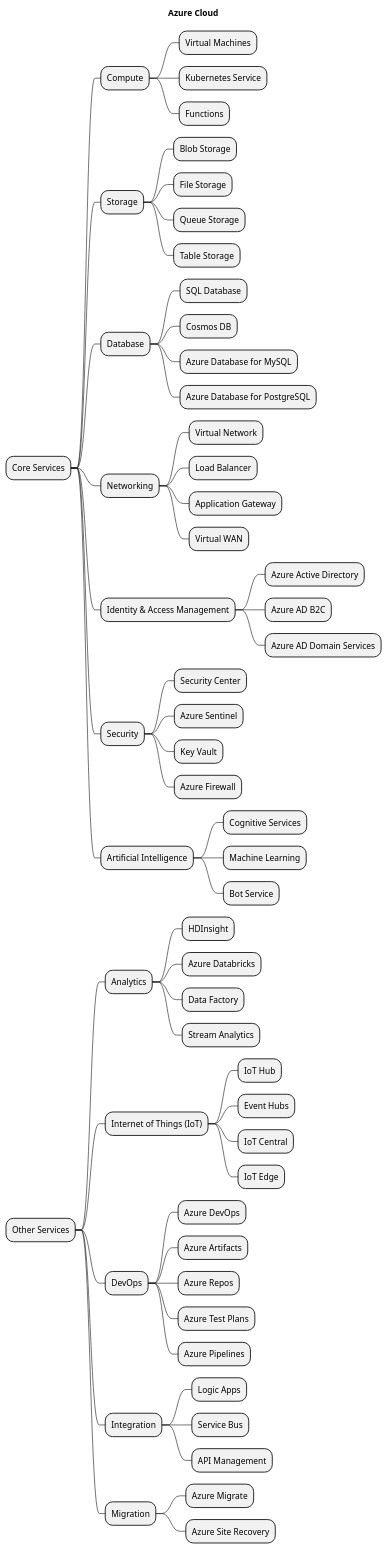
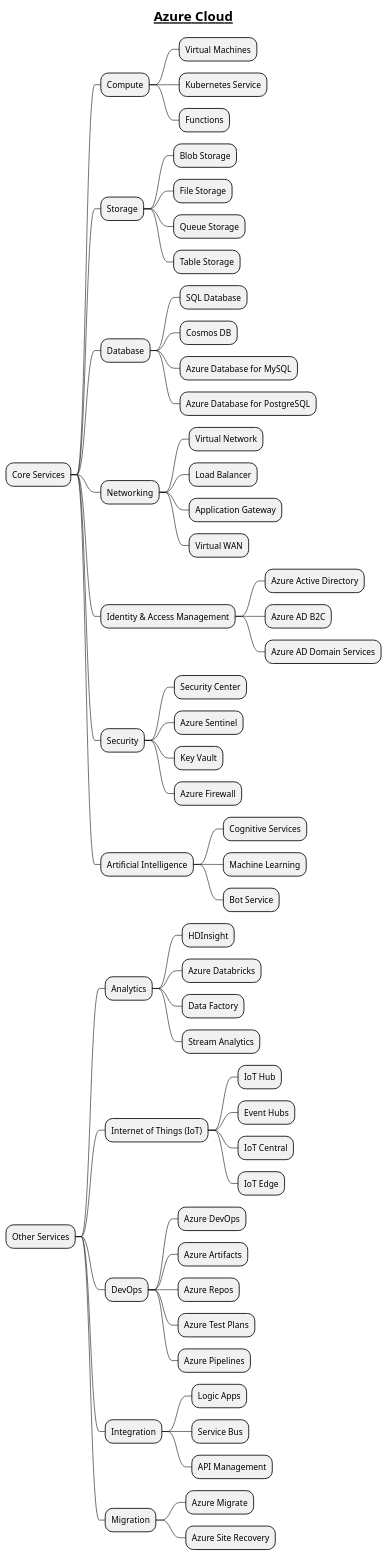
One commit to MehmoodHashmi/Documentation-as-Code-DaC changed the diagram in docs/devops/devops-plantuml-mindmap/azure-cloud-platform.puml. Above: the diagram before and after it, drawn with PlantUML. The commit also changed 2 other files, not shown here.

Commit message:
add new mindmaps

```diff
--- a/docs/devops/devops-plantuml-mindmap/azure-cloud-platform.puml
+++ b/docs/devops/devops-plantuml-mindmap/azure-cloud-platform.puml
@@ -1,60 +1,60 @@
 @startmindmap
-title Azure Cloud
+title =__Azure Cloud__
 * Core Services
 ** Compute
 *** Virtual Machines
 *** Kubernetes Service
 *** Functions
 ** Storage
 *** Blob Storage
 *** File Storage
 *** Queue Storage
 *** Table Storage
 ** Database
 *** SQL Database
 *** Cosmos DB
 *** Azure Database for MySQL
 *** Azure Database for PostgreSQL
 ** Networking
 *** Virtual Network
 *** Load Balancer
 *** Application Gateway
 *** Virtual WAN
 ** Identity & Access Management
 *** Azure Active Directory
 *** Azure AD B2C
 *** Azure AD Domain Services
 ** Security
 *** Security Center
 *** Azure Sentinel
 *** Key Vault
 *** Azure Firewall
 ** Artificial Intelligence
 *** Cognitive Services
 *** Machine Learning
 *** Bot Service
 * Other Services
 ** Analytics
 *** HDInsight
 *** Azure Databricks
 *** Data Factory
 *** Stream Analytics
 ** Internet of Things (IoT)
 *** IoT Hub
 *** Event Hubs
 *** IoT Central
 *** IoT Edge
 ** DevOps
 *** Azure DevOps
 *** Azure Artifacts
 *** Azure Repos
 *** Azure Test Plans
 *** Azure Pipelines
 ** Integration
 *** Logic Apps
 *** Service Bus
 *** API Management
 ** Migration
 *** Azure Migrate
 *** Azure Site Recovery
 @endmindmap
```
